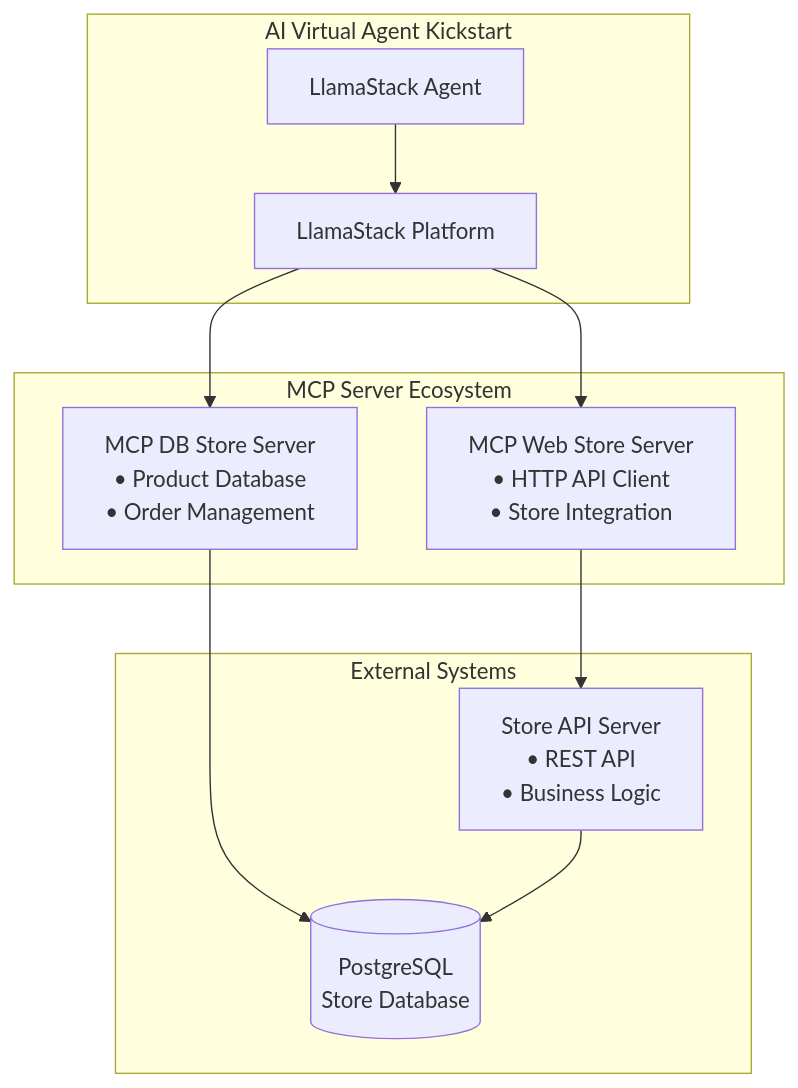
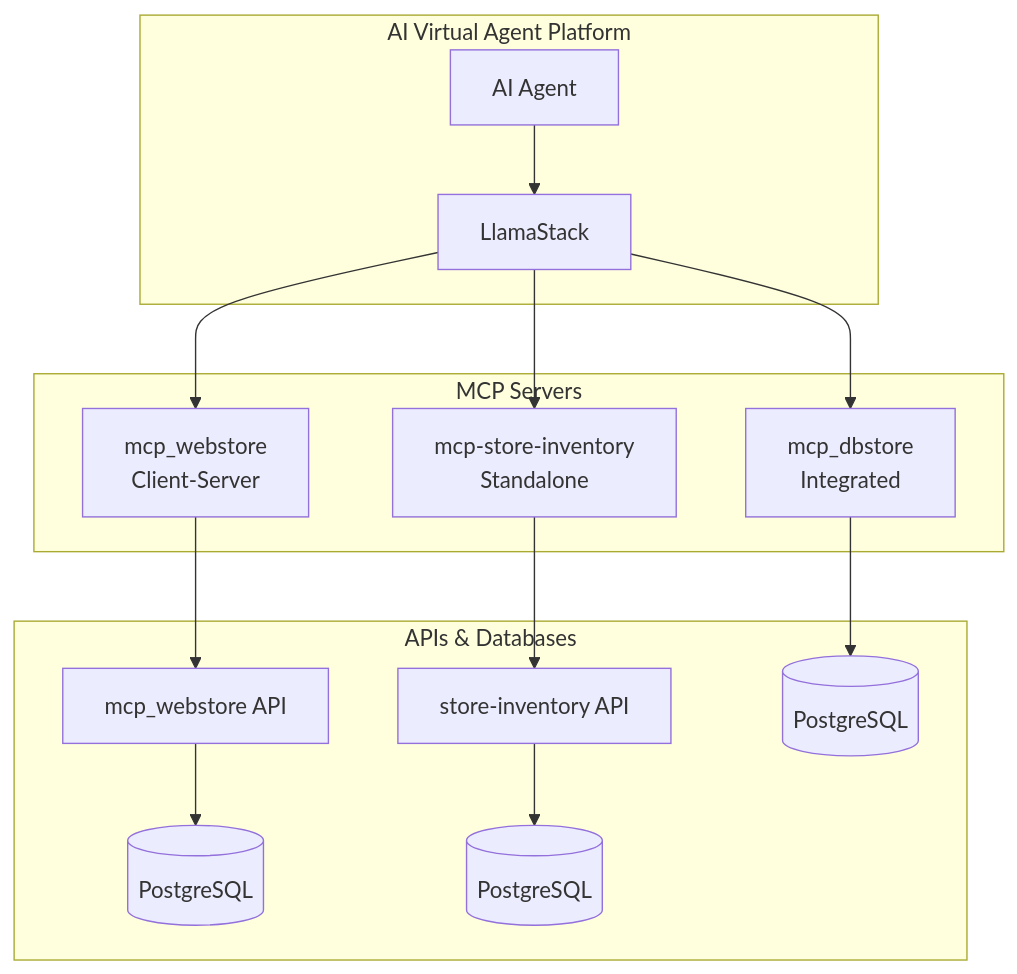
The diagram in mcpservers/README.md (rh-ai-quickstart/ai-virtual-agent), drawn with Mermaid before and after one commit. The commit also changed other lines of this file and 17 other files, not shown here.

````diff
--- a/mcpservers/README.md
+++ b/mcpservers/README.md
@@ -11,24 +16,32 @@
 ```mermaid
-graph TD
-    subgraph "AI Virtual Agent Kickstart"
-        AGENT[LlamaStack Agent]
-        LLAMA[LlamaStack Platform]
+graph TB
+    subgraph "AI Virtual Agent Platform"
+        Agent[AI Agent]
+        LlamaStack[LlamaStack]
     end
 
-    subgraph "MCP Server Ecosystem"
-        MCPDB[MCP DB Store Server<br/>• Product Database<br/>• Order Management]
-        MCPWEB[MCP Web Store Server<br/>• HTTP API Client<br/>• Store Integration]
+    subgraph "MCP Servers"
+        MCP_DB[mcp_dbstore<br/>Integrated]
+        MCP_WEB[mcp_webstore<br/>Client-Server]
+        MCP_INV[mcp-store-inventory<br/>Standalone]
     end
 
-    subgraph "External Systems"
-        STORE[Store API Server<br/>• REST API<br/>• Business Logic]
-        DB[(PostgreSQL<br/>Store Database)]
+    subgraph "APIs & Databases"
+        WEB_API[mcp_webstore API]
+        STORE_API[store-inventory API]
+        DB1[(PostgreSQL)]
+        DB2[(PostgreSQL)]
+        DB3[(PostgreSQL)]
     end
 
-    AGENT --> LLAMA
-    LLAMA --> MCPDB
-    LLAMA --> MCPWEB
-    MCPDB --> DB
-    MCPWEB --> STORE
-    STORE --> DB
+    Agent --> LlamaStack
+    LlamaStack --> MCP_DB
+    LlamaStack --> MCP_WEB
+    LlamaStack --> MCP_INV
+
+    MCP_DB --> DB1
+    MCP_WEB --> WEB_API
+    WEB_API --> DB2
+    MCP_INV --> STORE_API
+    STORE_API --> DB3
 ```
````
